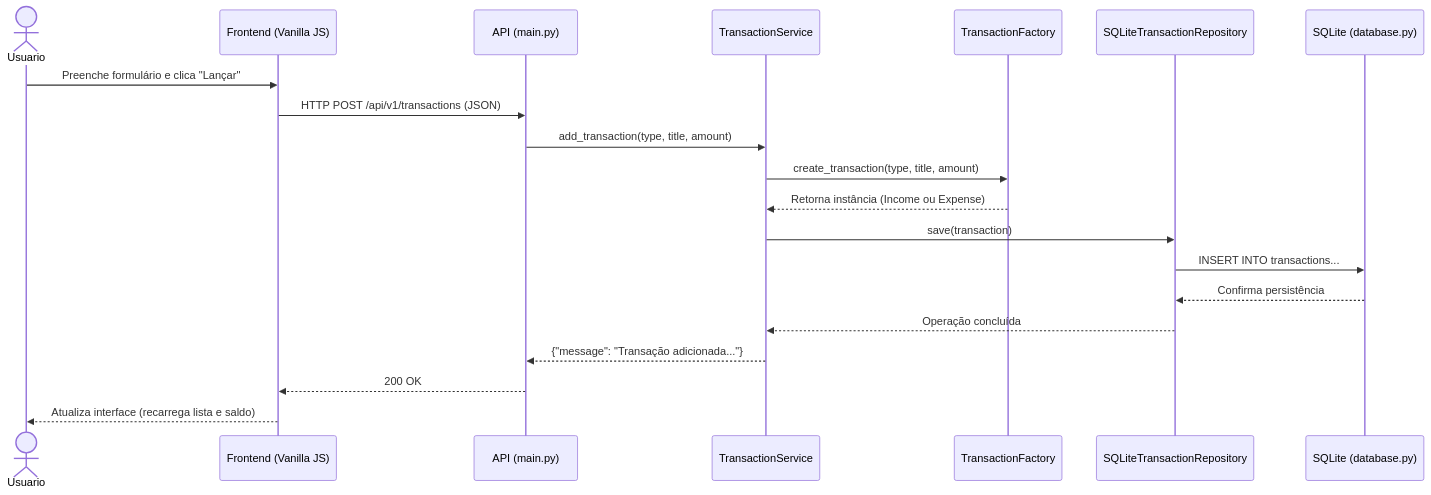
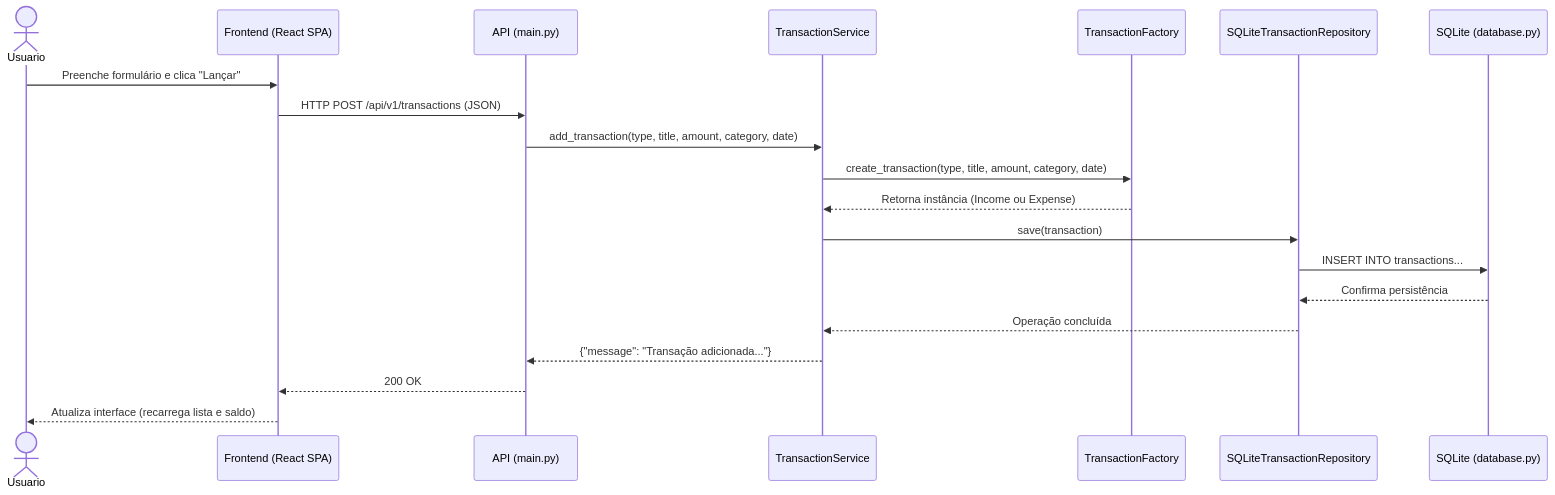
The third of 3 diagrams in diagramas.md (Capovillaa/Trabalho_final_Padroes_arquitetura_software), drawn with Mermaid before and after one commit. The commit also changed other lines of this file and 2 other files, not shown here.

Commit message:
docs: adiciona ADR-007 para uso do React e atualiza diagramas arquiteturais

````diff
--- a/diagramas.md
+++ b/diagramas.md
@@ -97,23 +97,23 @@
 ```mermaid
 sequenceDiagram
     actor Usuario
-    participant UI as Frontend (Vanilla JS)
+    participant UI as Frontend (React SPA)
     participant API as API (main.py)
     participant Svc as TransactionService
     participant Factory as TransactionFactory
     participant Repo as SQLiteTransactionRepository
     participant DB as SQLite (database.py)
 
     Usuario->>UI: Preenche formulário e clica "Lançar"
     UI->>API: HTTP POST /api/v1/transactions (JSON)
-    API->>Svc: add_transaction(type, title, amount)
-    Svc->>Factory: create_transaction(type, title, amount)
+    API->>Svc: add_transaction(type, title, amount, category, date)
+    Svc->>Factory: create_transaction(type, title, amount, category, date)
     Factory-->>Svc: Retorna instância (Income ou Expense)
     Svc->>Repo: save(transaction)
     Repo->>DB: INSERT INTO transactions...
     DB-->>Repo: Confirma persistência
     Repo-->>Svc: Operação concluída
     Svc-->>API: {"message": "Transação adicionada..."}
     API-->>UI: 200 OK
     UI-->>Usuario: Atualiza interface (recarrega lista e saldo)
 ```
````
